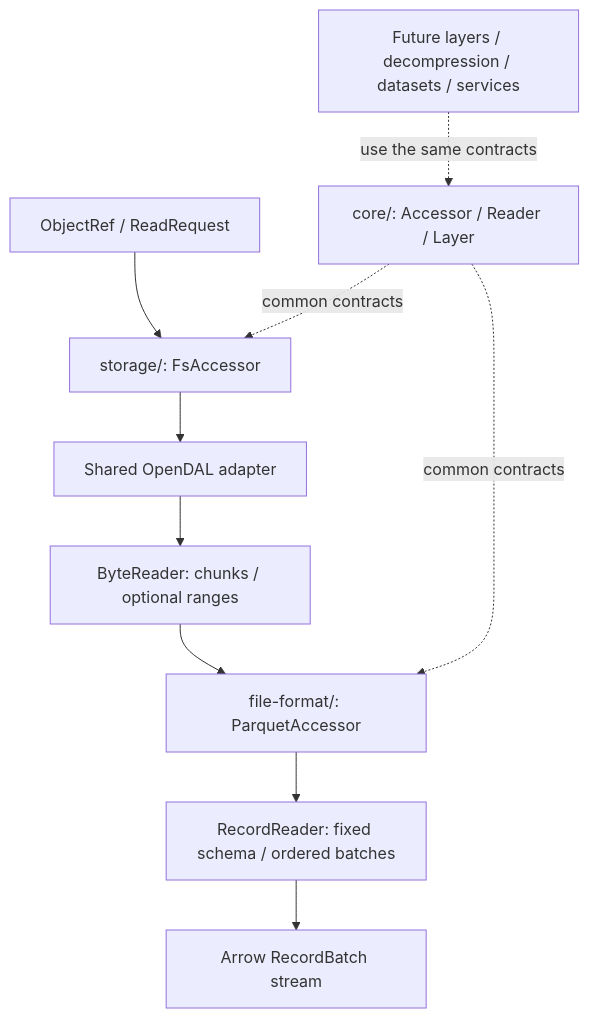
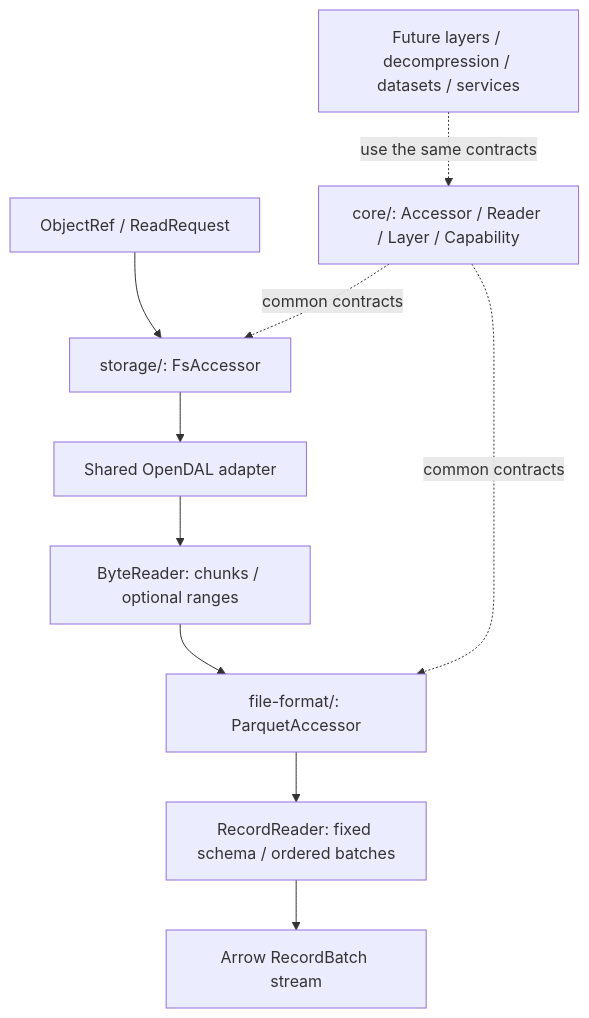
Before and after one commit to dentiny/open-arrow-access: the diagram in docs/architecture.md, drawn with Mermaid. The commit also changed other lines of this file and 12 other files, not shown here.

Commit message:
Report effective accessor and reader capabilities

````diff
--- a/docs/architecture.md
+++ b/docs/architecture.md
@@ -7,12 +7,12 @@
 ```mermaid
 flowchart TD
     Request[ObjectRef / ReadRequest] --> Storage[storage/: FsAccessor]
     Storage --> OpenDAL[Shared OpenDAL adapter]
     OpenDAL --> Bytes[ByteReader: chunks / optional ranges]
     Bytes --> Format[file-format/: ParquetAccessor]
     Format --> Records[RecordReader: fixed schema / ordered batches]
     Records --> Stream[Arrow RecordBatch stream]
-    Core[core/: Accessor / Reader / Layer] -. common contracts .-> Storage
+    Core[core/: Accessor / Reader / Layer / Capability] -. common contracts .-> Storage
     Core -. common contracts .-> Format
     Future[Future layers / decompression / datasets / services] -. use the same contracts .-> Core
 ```
````
